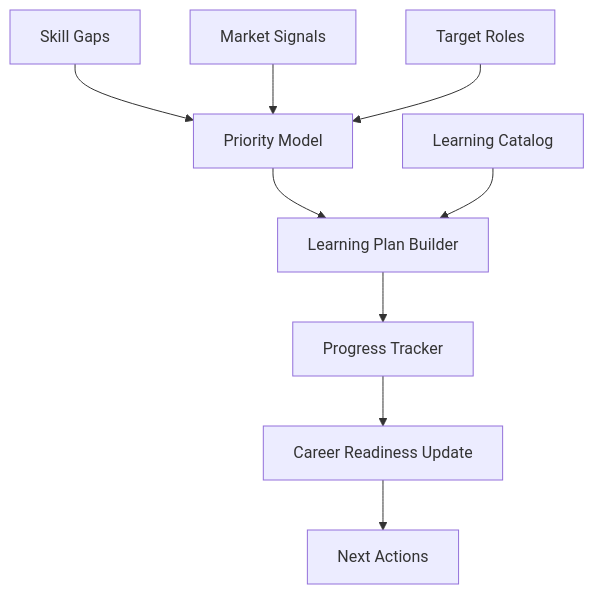
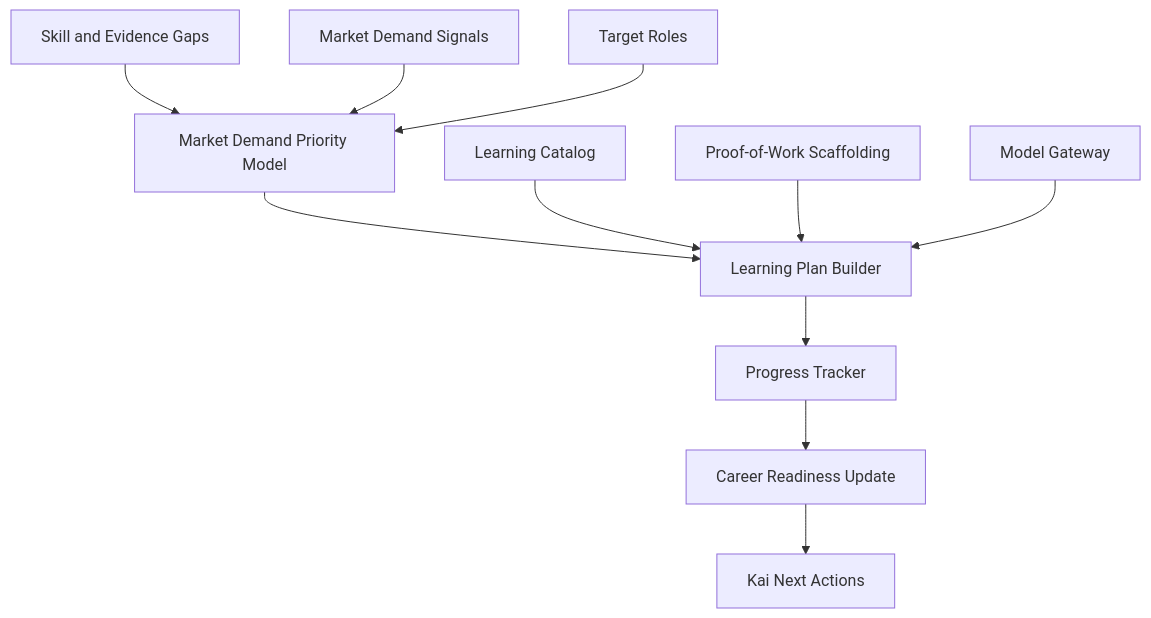
The diagram in docs/LEARNING_INTELLIGENCE_ENGINE.md (Mirzzie/Fadi), drawn with Mermaid before and after one commit. The commit also changed other lines of this file and 65 other files, not shown here.

First line of the commit message:
docs: update architecture docs for Better Auth, Kai, and data sources

````diff
--- a/docs/LEARNING_INTELLIGENCE_ENGINE.md
+++ b/docs/LEARNING_INTELLIGENCE_ENGINE.md
@@ -32,11 +37,13 @@
 ```mermaid
 flowchart TD
-    Gaps[Skill Gaps] --> Prioritize[Priority Model]
-    Market[Market Signals] --> Prioritize
+    Gaps[Skill and Evidence Gaps] --> Prioritize[Market Demand Priority Model]
+    MarketSignals[Market Demand Signals] --> Prioritize
     Goals[Target Roles] --> Prioritize
     Prioritize --> Plan[Learning Plan Builder]
     Catalog[Learning Catalog] --> Plan
+    ProofWork[Proof-of-Work Scaffolding] --> Plan
+    Gateway[Model Gateway] --> Plan
     Plan --> Tracker[Progress Tracker]
     Tracker --> Readiness[Career Readiness Update]
-    Readiness --> Recommendations[Next Actions]
+    Readiness --> Recommendations[Kai Next Actions]
 ```
````
